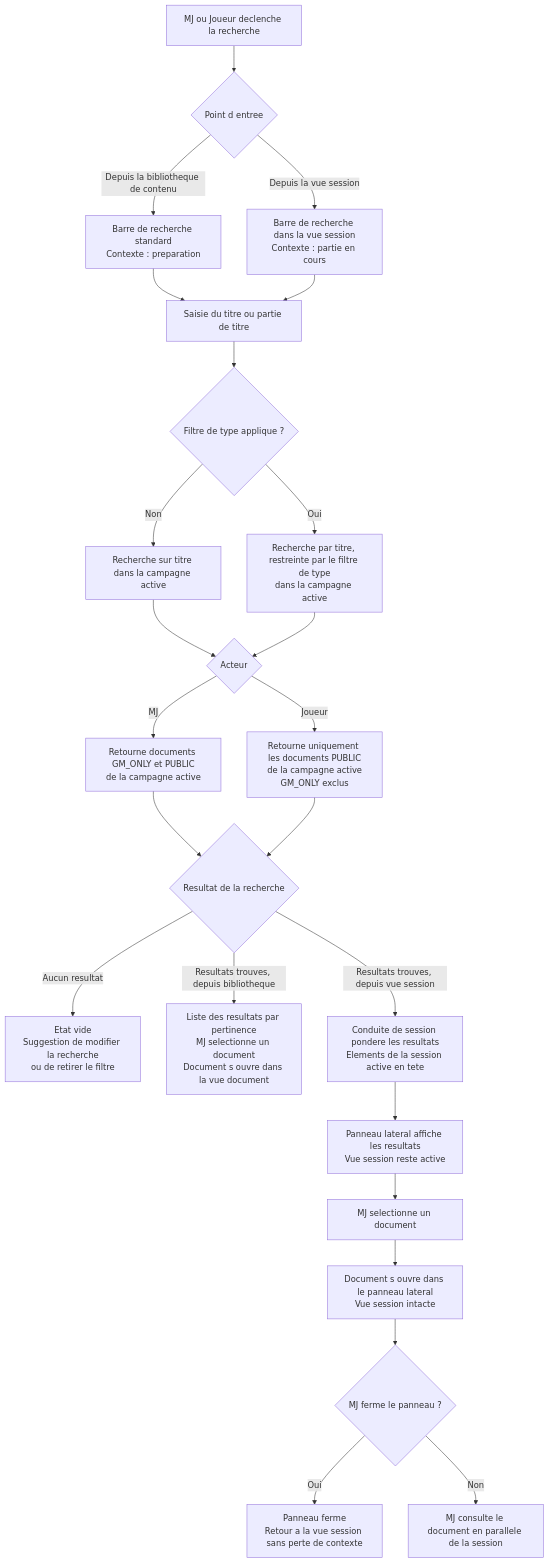
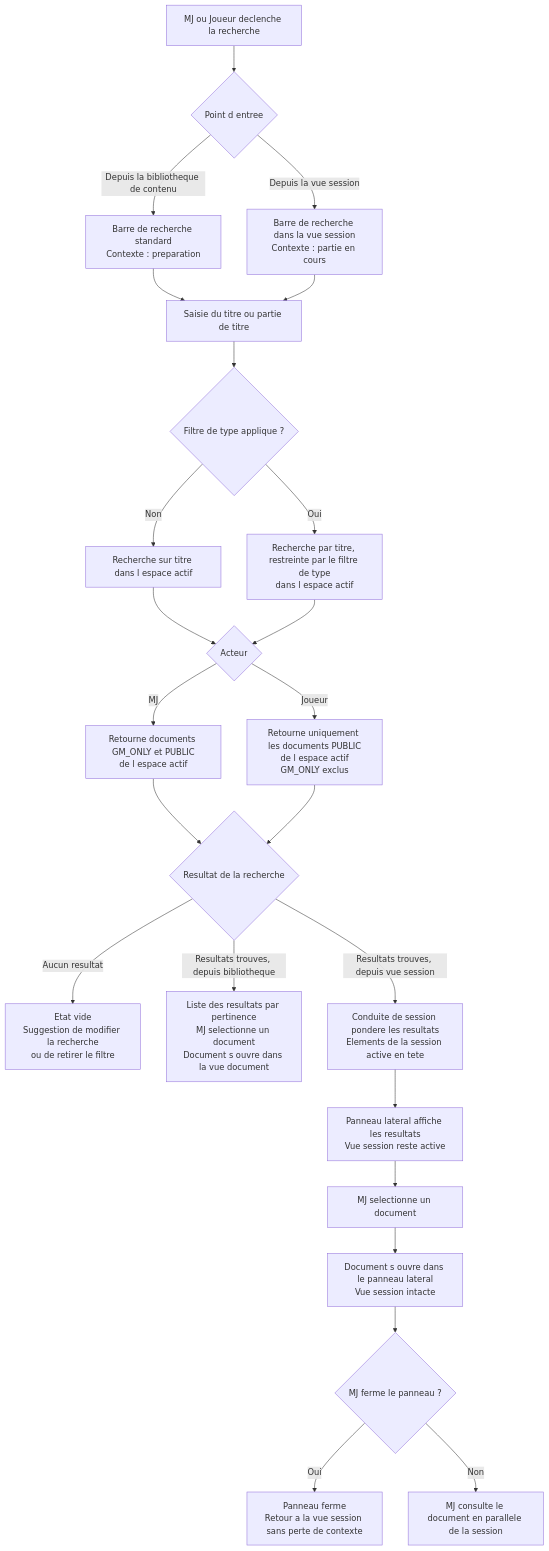
The second of 2 diagrams in docs/conception/user-journeys/UJ-UC-14-recherche.md (2025-10-CDA-ECO-P6/PM-micro-saas), drawn with Mermaid before and after one commit. The commit also changed 84 other files, not shown here.

````diff
--- a/docs/conception/user-journeys/UJ-UC-14-recherche.md
+++ b/docs/conception/user-journeys/UJ-UC-14-recherche.md
@@ -34,34 +34,34 @@
 ```mermaid
 flowchart TD
     A[MJ ou Joueur declenche la recherche] --> B{Point d entree}
 
     B -->|Depuis la bibliotheque de contenu| C[Barre de recherche standard\nContexte : preparation]
     B -->|Depuis la vue session| D[Barre de recherche dans la vue session\nContexte : partie en cours]
 
     C --> E[Saisie du titre ou partie de titre]
     D --> E
 
     E --> F{Filtre de type applique ?}
-    F -->|Non| G[Recherche sur titre dans la campagne active]
-    F -->|Oui| H[Recherche par titre, restreinte par le filtre de type\ndans la campagne active]
+    F -->|Non| G[Recherche sur titre dans l espace actif]
+    F -->|Oui| H[Recherche par titre, restreinte par le filtre de type\ndans l espace actif]
 
     G --> I{Acteur}
     H --> I
 
-    I -->|MJ| J[Retourne documents GM_ONLY et PUBLIC\nde la campagne active]
-    I -->|Joueur| K[Retourne uniquement les documents PUBLIC\nde la campagne active\nGM_ONLY exclus]
+    I -->|MJ| J[Retourne documents GM_ONLY et PUBLIC\nde l espace actif]
+    I -->|Joueur| K[Retourne uniquement les documents PUBLIC\nde l espace actif\nGM_ONLY exclus]
 
     J --> L{Resultat de la recherche}
     K --> L
 
     L -->|Aucun resultat| M[Etat vide\nSuggestion de modifier la recherche\nou de retirer le filtre]
     L -->|Resultats trouves, depuis bibliotheque| N[Liste des resultats par pertinence\nMJ selectionne un document\nDocument s ouvre dans la vue document]
     L -->|Resultats trouves, depuis vue session| O[Conduite de session pondere les resultats\nElements de la session active en tete]
 
     O --> P[Panneau lateral affiche les resultats\nVue session reste active]
     P --> Q[MJ selectionne un document]
     Q --> R[Document s ouvre dans le panneau lateral\nVue session intacte]
     R --> S{MJ ferme le panneau ?}
     S -->|Oui| T[Panneau ferme\nRetour a la vue session sans perte de contexte]
     S -->|Non| U[MJ consulte le document en parallele de la session]
 ```
````
